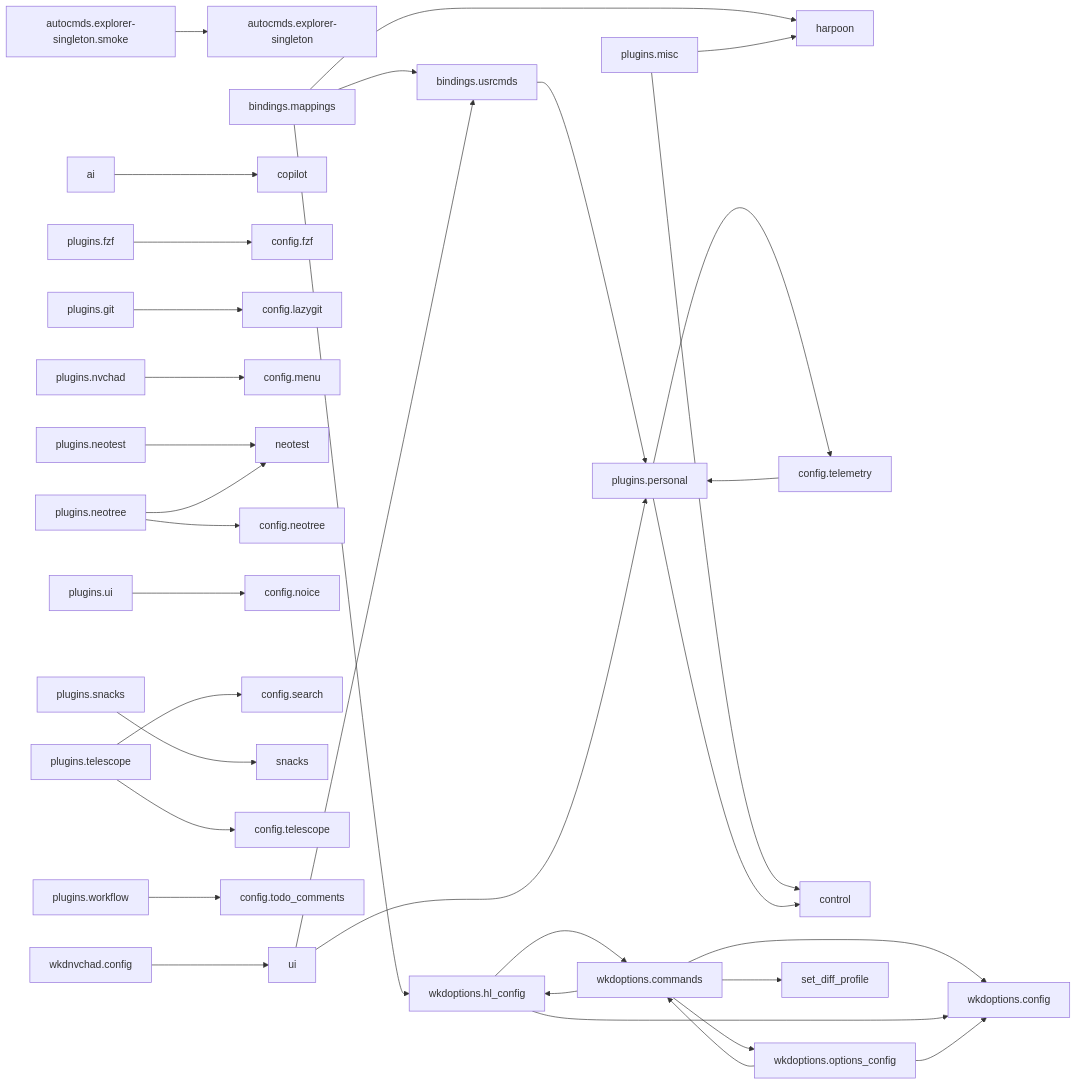
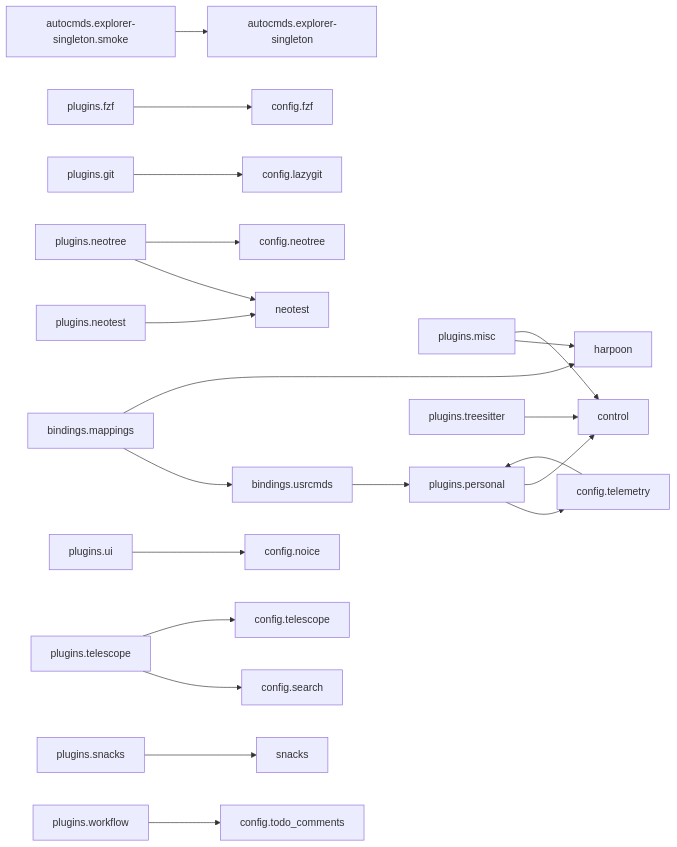
The second of 2 diagrams in docs/map/overview.md (StefanBartl/nvim), drawn with Mermaid before and after one commit. The commit also changed other lines of this file and 10 other files, not shown here.

````diff
--- a/docs/map/overview.md
+++ b/docs/map/overview.md
@@ -132,73 +90,50 @@
 ```mermaid
 flowchart LR
   nlua_autocmds_explorer_singleton_lua["autocmds.explorer-singleton"]
   nlua_autocmds_explorer_singleton_smoke_lua["autocmds.explorer-singleton.smoke"]
   nlua_bindings_mappings["bindings.mappings"]
   nlua_bindings_usrcmds["bindings.usrcmds"]
-  nlua_config_copilot["copilot"]
   nlua_config_fzf["config.fzf"]
   nlua_config_harpoon["harpoon"]
   nlua_config_lazygit["config.lazygit"]
-  nlua_config_menu["config.menu"]
   nlua_config_neotest["neotest"]
   nlua_config_neotree["config.neotree"]
   nlua_config_noice["config.noice"]
   nlua_config_search["config.search"]
   nlua_config_snacks["snacks"]
   nlua_config_telemetry_lua["config.telemetry"]
   nlua_config_telescope["config.telescope"]
   nlua_config_todo_comments["config.todo_comments"]
-  nlua_plugins_ai["ai"]
   nlua_plugins_control["control"]
   nlua_plugins_fzf_lua["plugins.fzf"]
   nlua_plugins_git_lua["plugins.git"]
   nlua_plugins_misc_lua["plugins.misc"]
   nlua_plugins_neotest_lua["plugins.neotest"]
   nlua_plugins_neotree_lua["plugins.neotree"]
-  nlua_plugins_nvchad_lua["plugins.nvchad"]
   nlua_plugins_personal["plugins.personal"]
   nlua_plugins_snacks_lua["plugins.snacks"]
   nlua_plugins_telescope_lua["plugins.telescope"]
+  nlua_plugins_treesitter_lua["plugins.treesitter"]
   nlua_plugins_ui_lua["plugins.ui"]
   nlua_plugins_workflow_lua["plugins.workflow"]
-  nlua_wkdnvchad_config["wkdnvchad.config"]
-  nlua_wkdnvchad_ui["ui"]
-  nlua_wkdoptions_commands["wkdoptions.commands"]
-  nlua_wkdoptions_config["wkdoptions.config"]
-  nlua_wkdoptions_hl_config["wkdoptions.hl_config"]
-  nlua_wkdoptions_options_config["wkdoptions.options_config"]
-  nlua_wkdoptions_set_diff_profile["set_diff_profile"]
   nlua_autocmds_explorer_singleton_smoke_lua --> nlua_autocmds_explorer_singleton_lua
   nlua_bindings_mappings --> nlua_bindings_usrcmds
   nlua_bindings_mappings --> nlua_config_harpoon
-  nlua_bindings_mappings --> nlua_wkdoptions_hl_config
   nlua_bindings_usrcmds --> nlua_plugins_personal
   nlua_config_telemetry_lua --> nlua_plugins_personal
-  nlua_plugins_ai --> nlua_config_copilot
   nlua_plugins_fzf_lua --> nlua_config_fzf
   nlua_plugins_git_lua --> nlua_config_lazygit
   nlua_plugins_misc_lua --> nlua_config_harpoon
   nlua_plugins_misc_lua --> nlua_plugins_control
   nlua_plugins_neotest_lua --> nlua_config_neotest
   nlua_plugins_neotree_lua --> nlua_config_neotest
   nlua_plugins_neotree_lua --> nlua_config_neotree
-  nlua_plugins_nvchad_lua --> nlua_config_menu
   nlua_plugins_personal --> nlua_config_telemetry_lua
   nlua_plugins_personal --> nlua_plugins_control
   nlua_plugins_snacks_lua --> nlua_config_snacks
   nlua_plugins_telescope_lua --> nlua_config_search
   nlua_plugins_telescope_lua --> nlua_config_telescope
+  nlua_plugins_treesitter_lua --> nlua_plugins_control
   nlua_plugins_ui_lua --> nlua_config_noice
   nlua_plugins_workflow_lua --> nlua_config_todo_comments
-  nlua_wkdnvchad_config --> nlua_wkdnvchad_ui
-  nlua_wkdnvchad_ui --> nlua_bindings_usrcmds
-  nlua_wkdnvchad_ui --> nlua_plugins_personal
-  nlua_wkdoptions_commands --> nlua_wkdoptions_config
-  nlua_wkdoptions_commands --> nlua_wkdoptions_hl_config
-  nlua_wkdoptions_commands --> nlua_wkdoptions_options_config
-  nlua_wkdoptions_commands --> nlua_wkdoptions_set_diff_profile
-  nlua_wkdoptions_hl_config --> nlua_wkdoptions_commands
-  nlua_wkdoptions_hl_config --> nlua_wkdoptions_config
-  nlua_wkdoptions_options_config --> nlua_wkdoptions_commands
-  nlua_wkdoptions_options_config --> nlua_wkdoptions_config
 ```
````
